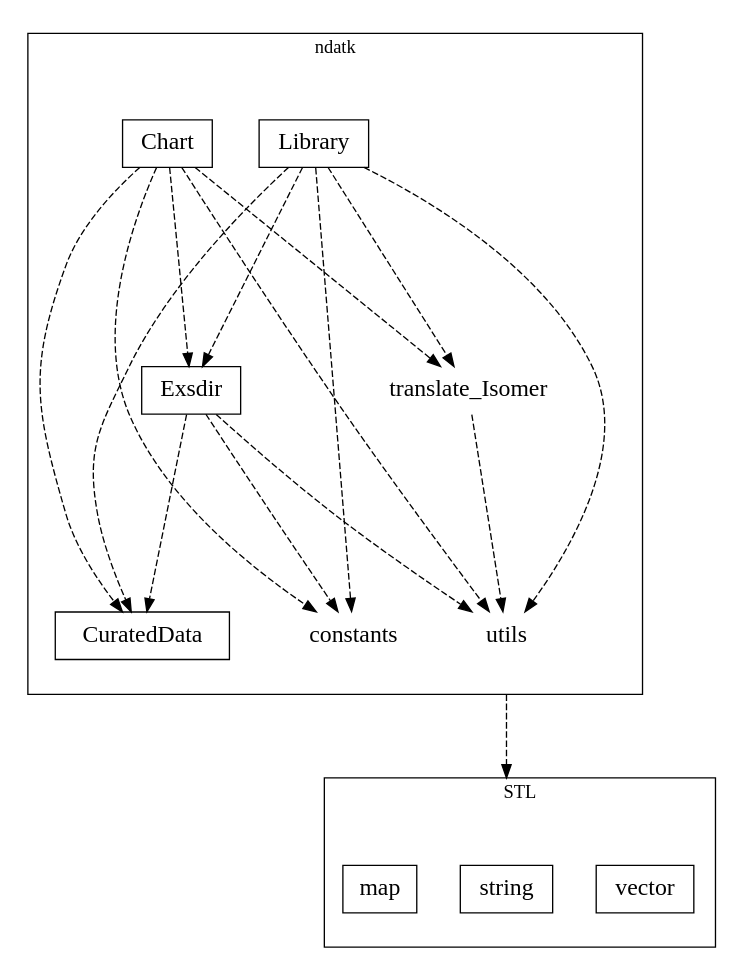
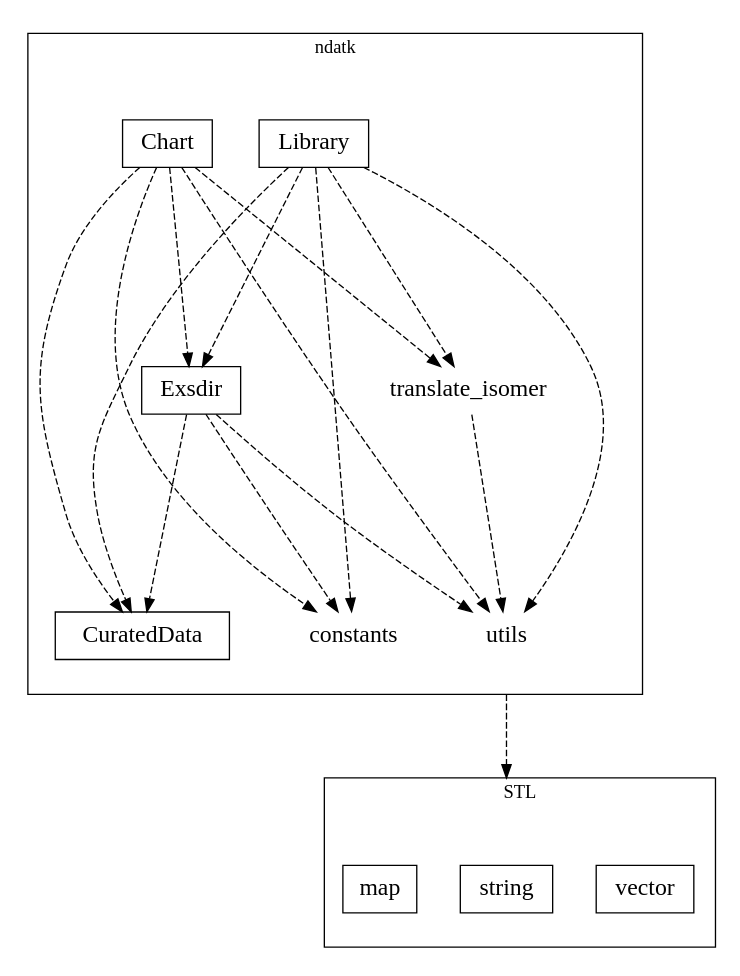
Before and after one commit to lanl/NDATK: the diagram in doc/package.dot, drawn with Graphviz. The commit also changed 10 other files, not shown here.

Commit message:
Use case 0: Lookup file info in Library by isomer name

```diff
--- a/doc/package.dot
+++ b/doc/package.dot
@@ -1,43 +1,43 @@
 digraph Package {
         size="7.5,10";
         center=1;
         ratio=fill
         node[fontsize=18];
         compound=true;
         edge[style=dashed,minlen=2];
 
         subgraph cluster0 {
                  label="ndatk";
                  Chart[shape=box];
                  Library[shape=box];
                  Exsdir[shape=box];
                  CuratedData[shape=box];
                  constants[shape=plaintext];
                  utils[shape=plaintext];
-                 translate_Isomer[shape=plaintext];
-                 Library -> translate_Isomer;
+                 translate_isomer[shape=plaintext];
+                 Library -> translate_isomer;
                  Library -> constants;
                  Library -> utils;
                  Library -> CuratedData;
                  Library -> Exsdir;
 
-                 Chart -> translate_Isomer;
+                 Chart -> translate_isomer;
                  Chart -> constants;
                  Chart -> utils;
                  Chart -> CuratedData;
                  Chart -> Exsdir;
 
                  Exsdir -> constants;
                  Exsdir -> utils;
                  Exsdir -> CuratedData;
         
-                translate_Isomer -> utils;
+                translate_isomer -> utils;
         }
         subgraph cluster1 {
                  label="STL";
                  vector[shape=box];
                  string[shape=box];
                  map[shape=box];
         }
         utils -> string[ltail=cluster0,lhead=cluster1];
 }
```
